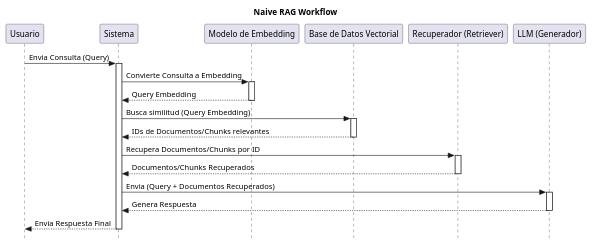
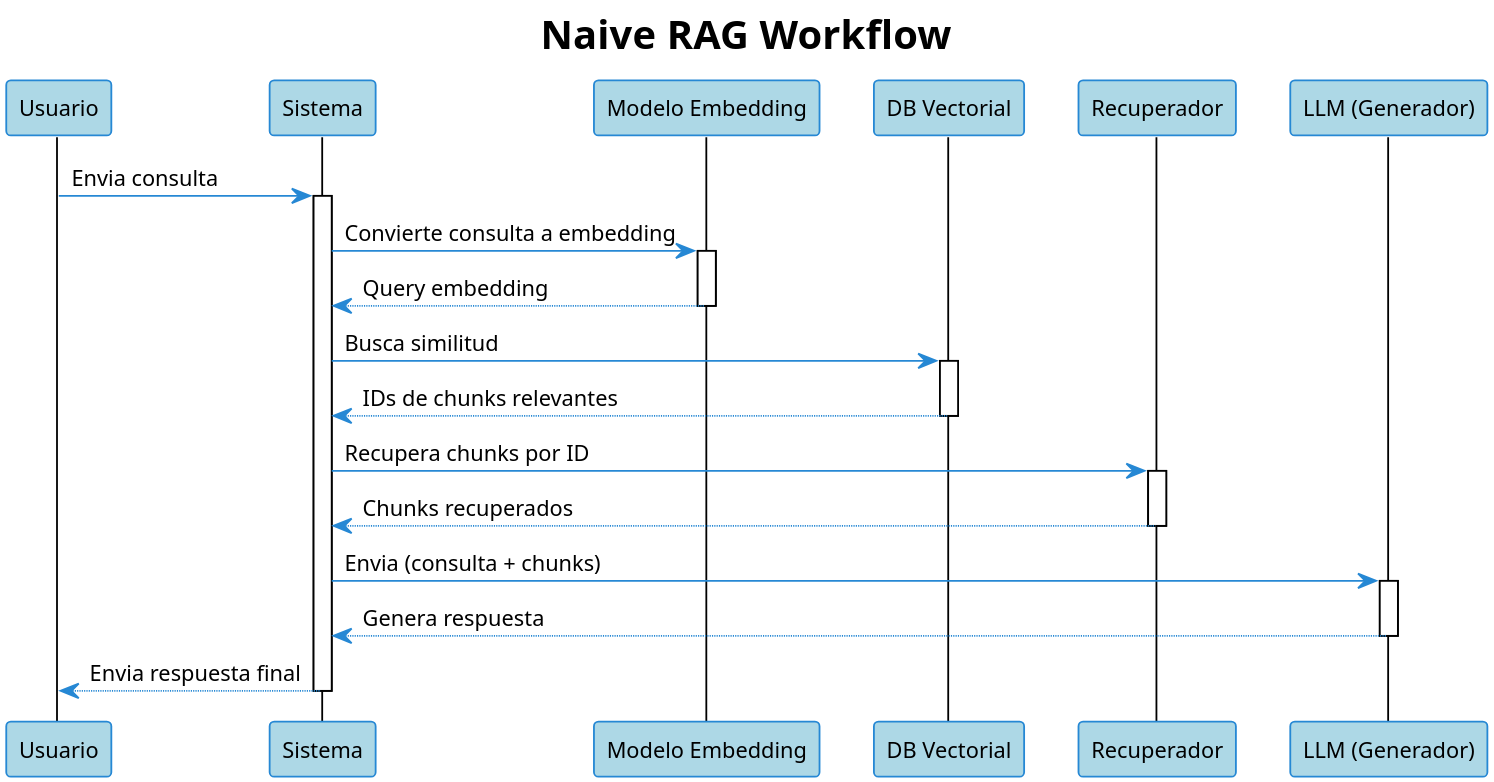
Before and after one commit to carloss4dv/langagent: the diagram in diagrams/naive_rag.puml, drawn with PlantUML. The commit also changed 44 other files, not shown here.

```diff
--- a/diagrams/naive_rag.puml
+++ b/diagrams/naive_rag.puml
@@ -1,39 +1,58 @@
-@startuml
-skinparam style strictuml
+@startuml "Workflow de Naive RAG"
+' Mejora la legibilidad y la calidad de la imagen para documentos.
+!theme plain
+skinparam {
+    dpi 300
+    shadowing false
+    backgroundColor transparent
+    defaultFontName "Arial"
+    defaultFontSize 12
+
+    sequence {
+        participantBorderColor #2688d4
+        participantBackgroundColor #add8e6
+        actorBorderColor #2688d4
+        actorBackgroundColor #ffdead
+    }
+
+    arrow {
+        color #2688d4
+    }
+}
 
 title Naive RAG Workflow
 
 participant "Usuario" as User
 participant "Sistema" as System
-participant "Modelo de Embedding" as EmbeddingModel
-participant "Base de Datos Vectorial" as VectorDB
-participant "Recuperador (Retriever)" as Retriever
+participant "Modelo Embedding" as EmbeddingModel
+participant "DB Vectorial" as VectorDB
+participant "Recuperador" as Retriever
 participant "LLM (Generador)" as LLM
 
-User -> System: Envia Consulta (Query)
+User -> System: Envia consulta
 activate System
 
-System -> EmbeddingModel: Convierte Consulta a Embedding
+System -> EmbeddingModel: Convierte consulta a embedding
 activate EmbeddingModel
-EmbeddingModel --> System: Query Embedding
+EmbeddingModel --> System: Query embedding
 deactivate EmbeddingModel
 
-System -> VectorDB: Busca similitud (Query Embedding)
+System -> VectorDB: Busca similitud
 activate VectorDB
-VectorDB --> System: IDs de Documentos/Chunks relevantes
+VectorDB --> System: IDs de chunks relevantes
 deactivate VectorDB
 
-System -> Retriever: Recupera Documentos/Chunks por ID
+System -> Retriever: Recupera chunks por ID
 activate Retriever
-Retriever --> System: Documentos/Chunks Recuperados
+Retriever --> System: Chunks recuperados
 deactivate Retriever
 
-System -> LLM: Envia (Query + Documentos Recuperados)
+System -> LLM: Envia (consulta + chunks)
 activate LLM
-LLM --> System: Genera Respuesta
+LLM --> System: Genera respuesta
 deactivate LLM
 
-System --> User: Envia Respuesta Final
+System --> User: Envia respuesta final
 deactivate System
 
 @enduml
```
